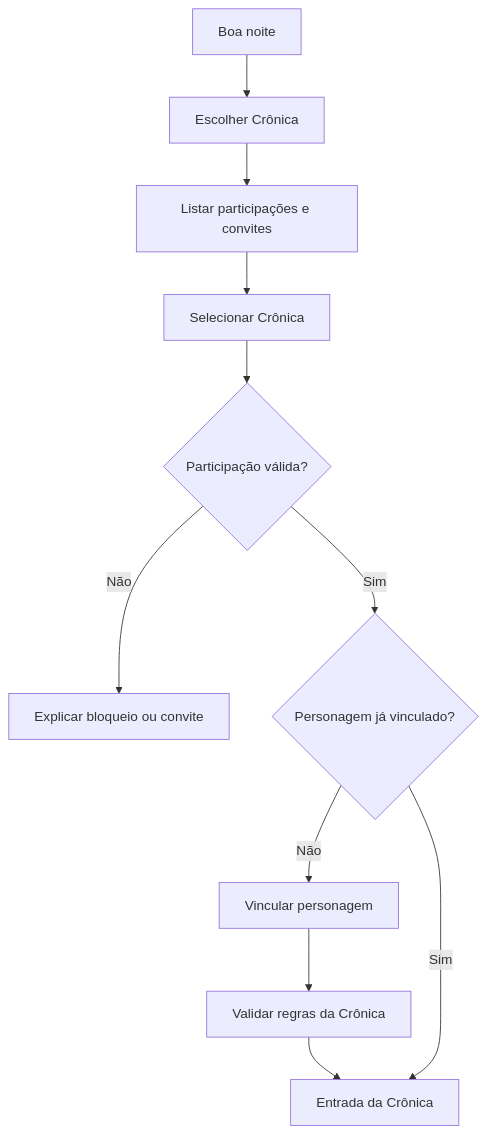
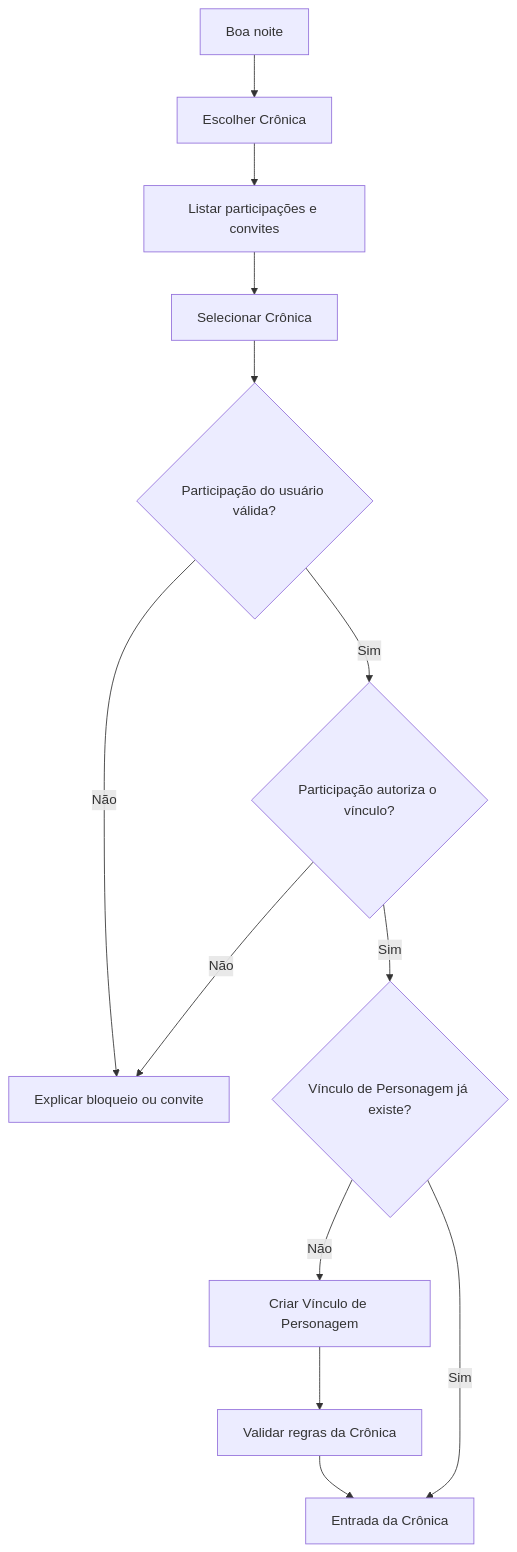
Before and after one commit to GabrielB-B/Assistente_Vampiro: the fourth of 7 diagrams in documentacao/product-architecture-core-user-flows-v0.1.md, drawn with Mermaid. The commit also changed other lines of this file and 22 other files, not shown here.

````diff
--- a/documentacao/product-architecture-core-user-flows-v0.1.md
+++ b/documentacao/product-architecture-core-user-flows-v0.1.md
@@ -419,13 +430,15 @@
 ```mermaid
 flowchart TD
     ENTRY[Boa noite] --> CHOOSE[Escolher Crônica]
-    CHOOSE --> MEMBERSHIPS[Listar participações e convites]
-    MEMBERSHIPS --> SELECT_CHRONICLE[Selecionar Crônica]
-    SELECT_CHRONICLE --> SELECT_ROLE{Participação válida?}
+    CHOOSE --> PARTICIPATIONS[Listar participações e convites]
+    PARTICIPATIONS --> SELECT_CHRONICLE[Selecionar Crônica]
+    SELECT_CHRONICLE --> SELECT_ROLE{Participação do usuário válida?}
     SELECT_ROLE -- Não --> ERROR[Explicar bloqueio ou convite]
-    SELECT_ROLE -- Sim --> BIND{Personagem já vinculado?}
-    BIND -- Não --> REQUEST_BIND[Vincular personagem]
+    SELECT_ROLE -- Sim --> BIND_AUTH{Participação autoriza o vínculo?}
+    BIND_AUTH -- Não --> ERROR
+    BIND_AUTH -- Sim --> BIND{Vínculo de Personagem já existe?}
+    BIND -- Não --> REQUEST_BIND[Criar Vínculo de Personagem]
     REQUEST_BIND --> VALIDATE[Validar regras da Crônica]
     VALIDATE --> CHRONICLE_ENTRY[Entrada da Crônica]
     BIND -- Sim --> CHRONICLE_ENTRY
 ```
````
